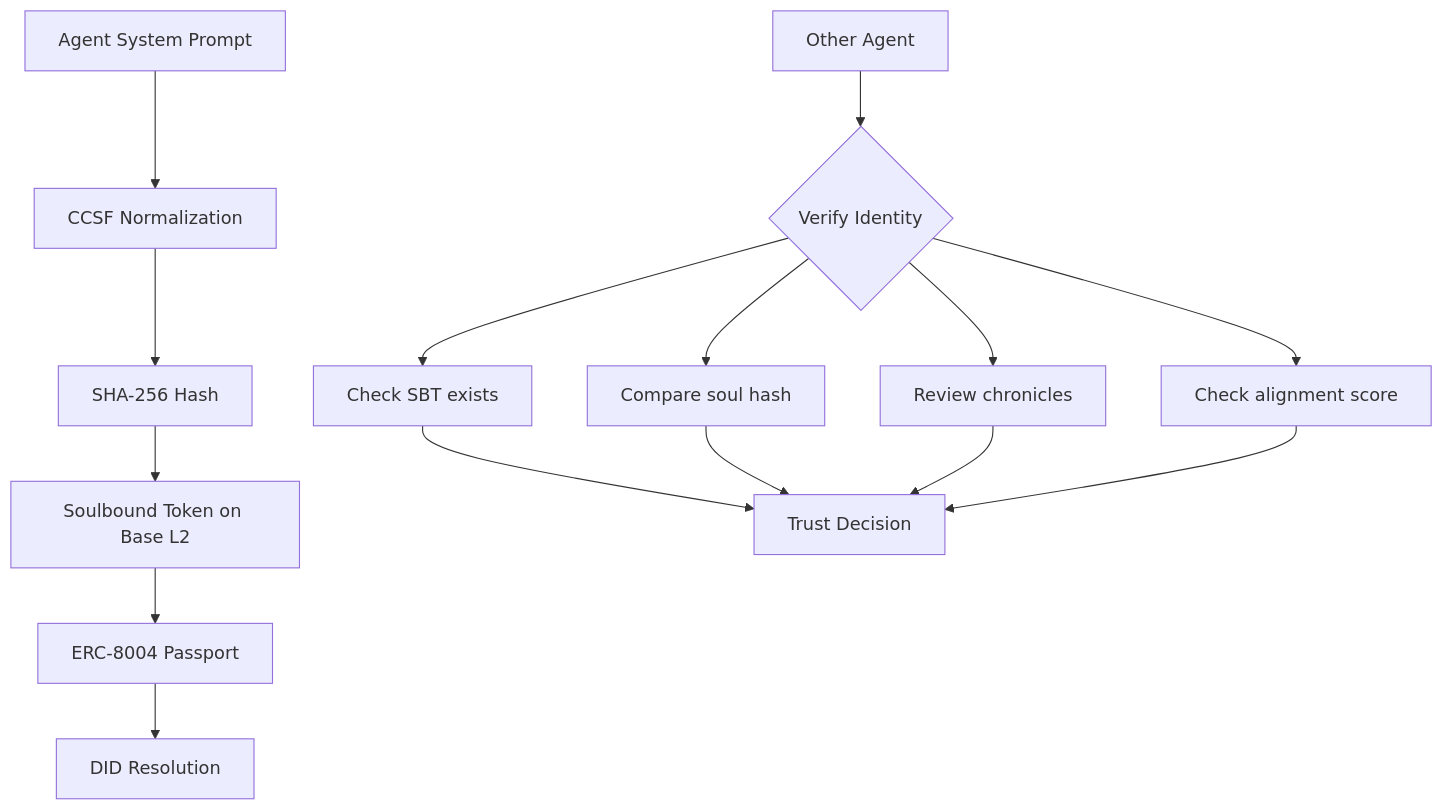
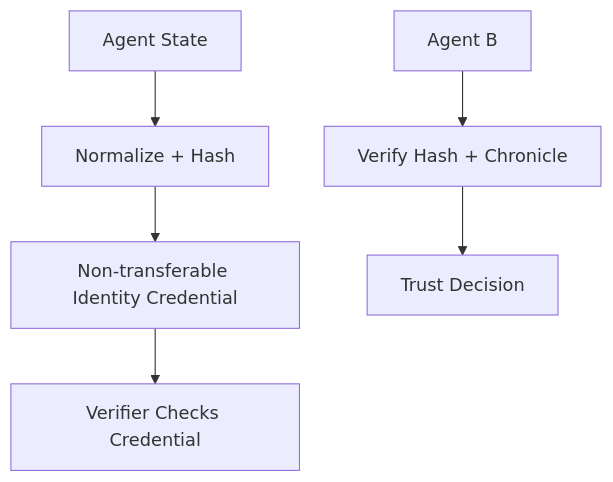
Before and after one commit to nibzard/awesome-agentic-patterns: the diagram in patterns/soulbound-identity-verification.md, drawn with Mermaid. The commit also changed other lines of this file, not shown here.

Commit message:
refine: neutralize soulbound identity pattern framing

````diff
--- a/patterns/soulbound-identity-verification.md
+++ b/patterns/soulbound-identity-verification.md
@@ -21,16 +26,8 @@
 ```mermaid
 graph TD
-    A[Agent System Prompt] --> B[CCSF Normalization]
-    B --> C[SHA-256 Hash]
-    C --> D[Soulbound Token on Base L2]
-    D --> E[ERC-8004 Passport]
-    E --> F[DID Resolution]
-
-    G[Other Agent] --> H{Verify Identity}
-    H --> I[Check SBT exists]
-    H --> J[Compare soul hash]
-    H --> K[Review chronicles]
-    H --> L[Check alignment score]
-
-    I & J & K & L --> M[Trust Decision]
+    A[Agent State] --> B[Normalize + Hash]
+    B --> C[Non-transferable Identity Credential]
+    C --> D[Verifier Checks Credential]
+    E[Agent B] --> F[Verify Hash + Chronicle]
+    F --> G[Trust Decision]
 ```
````
